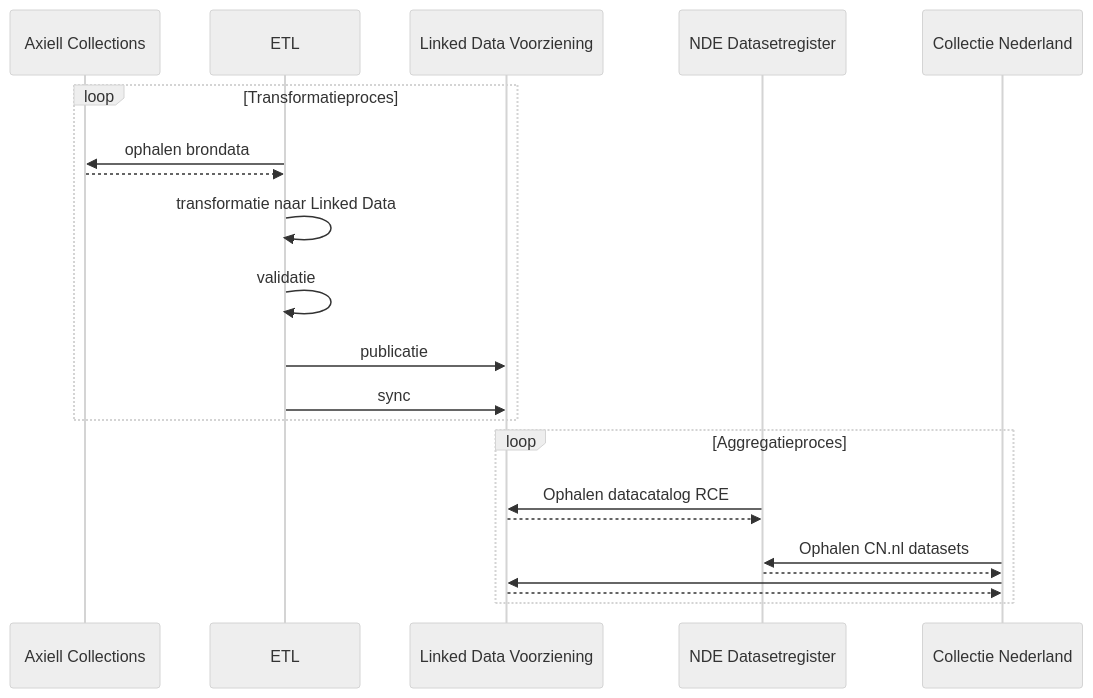
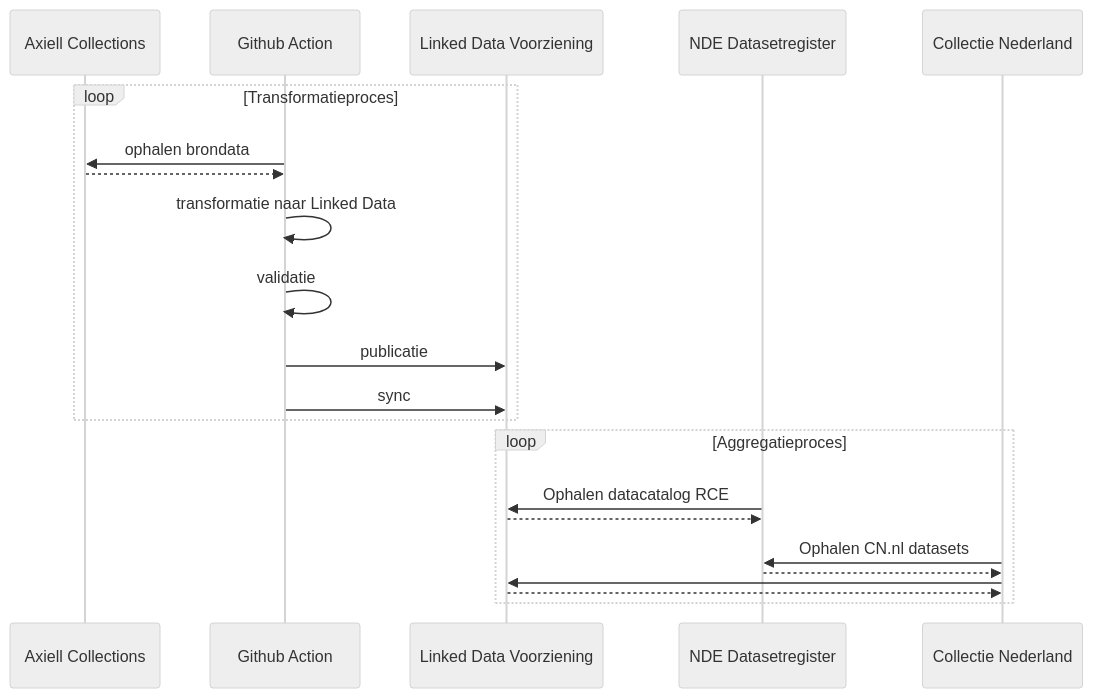
The first of 2 diagrams in README.md (cultureelerfgoed/kunstcollecties-etl), drawn with Mermaid (neutral theme) before and after one commit.

````diff
--- a/README.md
+++ b/README.md
@@ -22,25 +22,25 @@
 ```mermaid
 sequenceDiagram;
     participant Axiell Collections 
-    participant ETL
+    participant Github Action
     participant Linked Data Voorziening
     participant NDE Datasetregister
     participant Collectie Nederland
     
     loop Transformatieproces
-        ETL->>Axiell Collections:ophalen brondata
-        Axiell Collections-->>ETL:
-        ETL->>ETL:transformatie naar Linked Data
-        ETL->>ETL:validatie 
-        ETL->>Linked Data Voorziening:publicatie
-        ETL->>Linked Data Voorziening:sync
+        Github Action->>Axiell Collections:ophalen brondata
+        Axiell Collections-->>Github Action:
+        Github Action->>Github Action:transformatie naar Linked Data
+        Github Action->>Github Action:validatie 
+        Github Action->>Linked Data Voorziening:publicatie
+        Github Action->>Linked Data Voorziening:sync
     end
     loop Aggregatieproces
         NDE Datasetregister->>Linked Data Voorziening: Ophalen datacatalog RCE
         Linked Data Voorziening-->>NDE Datasetregister:
         Collectie Nederland->>NDE Datasetregister: Ophalen CN.nl datasets 
         NDE Datasetregister-->>Collectie Nederland: 
         Collectie Nederland->>Linked Data Voorziening:
         Linked Data Voorziening-->>Collectie Nederland:
     end
 ```
````
